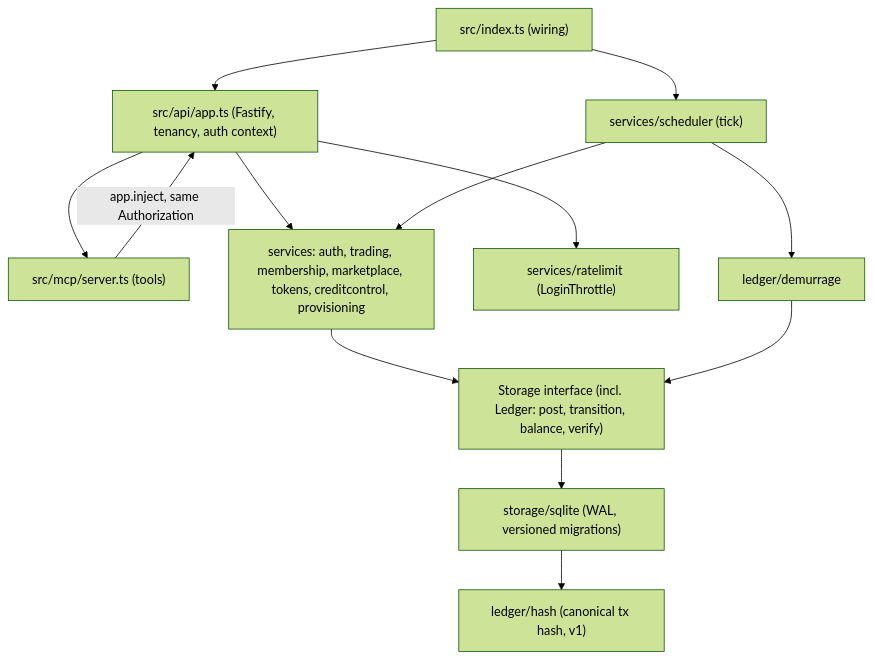
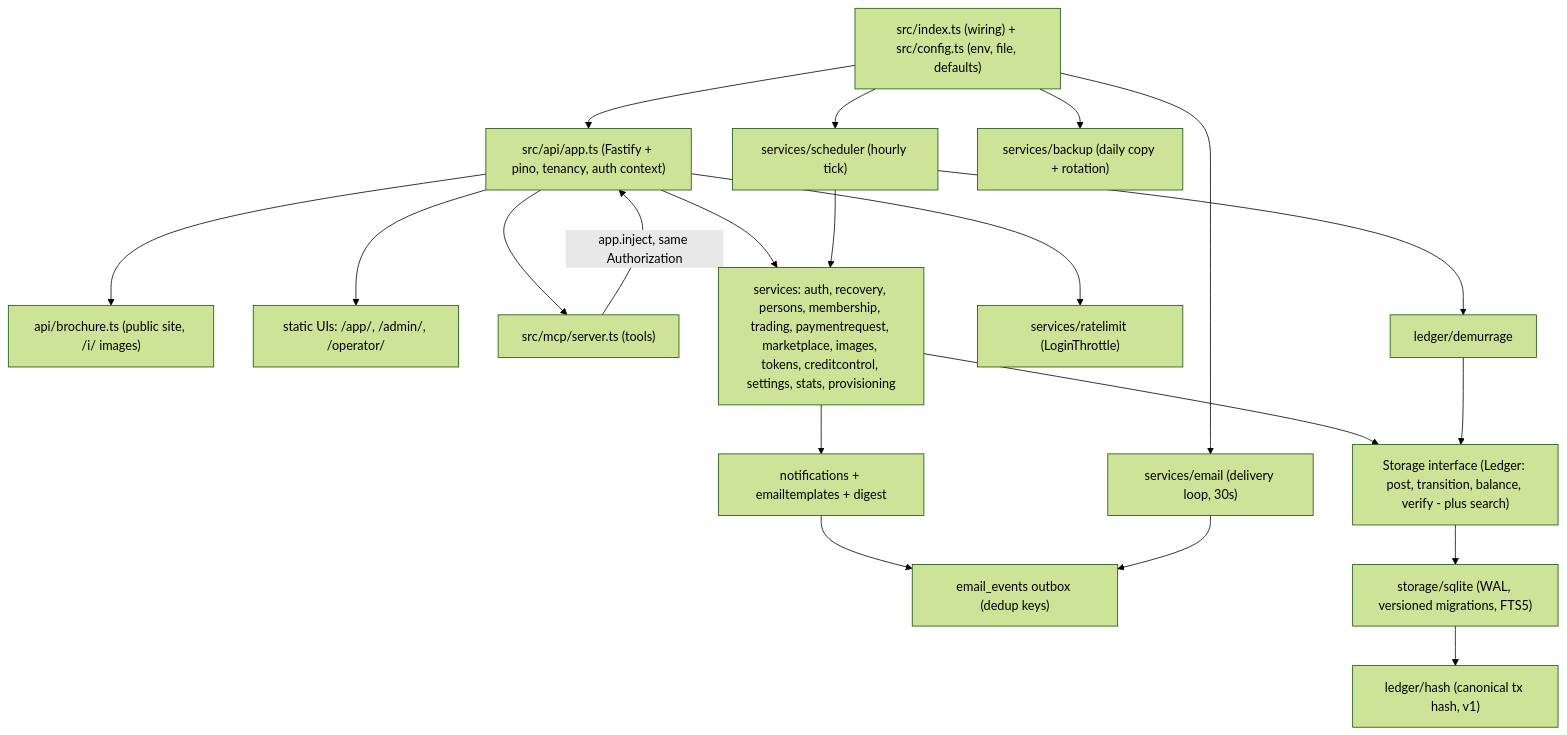
Before and after one commit to sandtreader/silvio: the first of 8 diagrams in server/architecture.md, drawn with Mermaid (forest theme). The commit also changed other lines of this file and 4 other files, not shown here.

First line of the commit message:
Maintainer bundle: CI test gate before publish, CLAUDE.md conventions, MAINTAINERS.md, architecture.md refresh

````diff
--- a/server/architecture.md
+++ b/server/architecture.md
@@ -35,15 +54,22 @@
 ```mermaid
 graph TD
-  IDX["src/index.ts (wiring)"] --> API["src/api/app.ts (Fastify, tenancy, auth context)"]
-  IDX --> SCHED["services/scheduler (tick)"]
+  IDX["src/index.ts (wiring) + src/config.ts (env, file, defaults)"] --> API["src/api/app.ts (Fastify + pino, tenancy, auth context)"]
+  IDX --> SCHED["services/scheduler (hourly tick)"]
+  IDX --> MAIL["services/email (delivery loop, 30s)"]
+  IDX --> BAK["services/backup (daily copy + rotation)"]
+  API --> BRO["api/brochure.ts (public site, /i/ images)"]
+  API --> UI["static UIs: /app/, /admin/, /operator/"]
   API --> MCP["src/mcp/server.ts (tools)"]
   MCP -- "app.inject, same Authorization" --> API
-  API --> SVC["services: auth, trading, membership, marketplace, tokens, creditcontrol, provisioning"]
+  API --> SVC["services: auth, recovery, persons, membership, trading, paymentrequest, marketplace, images, tokens, creditcontrol, settings, stats, provisioning"]
   API --> THR["services/ratelimit (LoginThrottle)"]
   SCHED --> SVC
   SCHED --> DEM["ledger/demurrage"]
-  SVC --> ST["Storage interface (incl. Ledger: post, transition, balance, verify)"]
+  SVC --> NOTIF["notifications + emailtemplates + digest"]
+  NOTIF --> OUTBOX["email_events outbox (dedup keys)"]
+  MAIL --> OUTBOX
+  SVC --> ST["Storage interface (Ledger: post, transition, balance, verify - plus search)"]
   DEM --> ST
-  ST --> SQL["storage/sqlite (WAL, versioned migrations)"]
+  ST --> SQL["storage/sqlite (WAL, versioned migrations, FTS5)"]
   SQL --> HASH["ledger/hash (canonical tx hash, v1)"]
 ```
````
